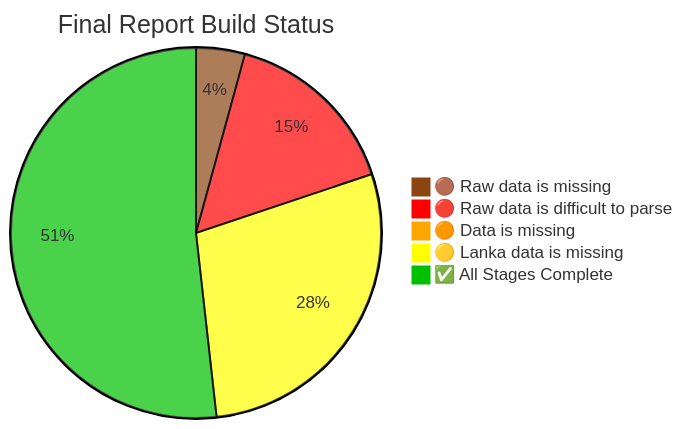
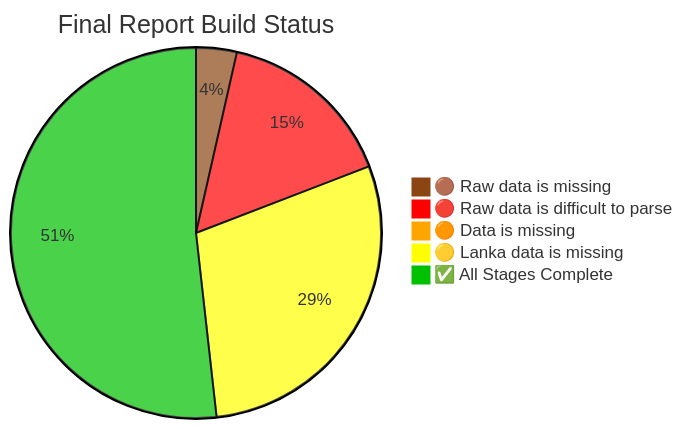
One commit to nuuuwan/lk_census_2024 changed the diagram in README.md. Above: the diagram before and after it, drawn with Mermaid. The commit also changed other lines of this file and 3 other files, not shown here.

````diff
--- a/README.md
+++ b/README.md
@@ -220,9 +220,9 @@
 ```mermaid
 %%{init: {"theme": "base", "themeVariables": {"pie1": "#8B4513", "pie2": "#FF0000", "pie3": "#FFA500", "pie4": "#FFFF00", "pie5": "#00c000"}}}%%
 pie title Final Report Build Status
-"🟤 Raw data is missing" : 6
+"🟤 Raw data is missing" : 5
     "🔴 Raw data is difficult to parse" : 22
     "🟠 Data is missing" : 1
-    "🟡 Lanka data is missing" : 40
+    "🟡 Lanka data is missing" : 41
     "✅ All Stages Complete" : 73
 ```
````
